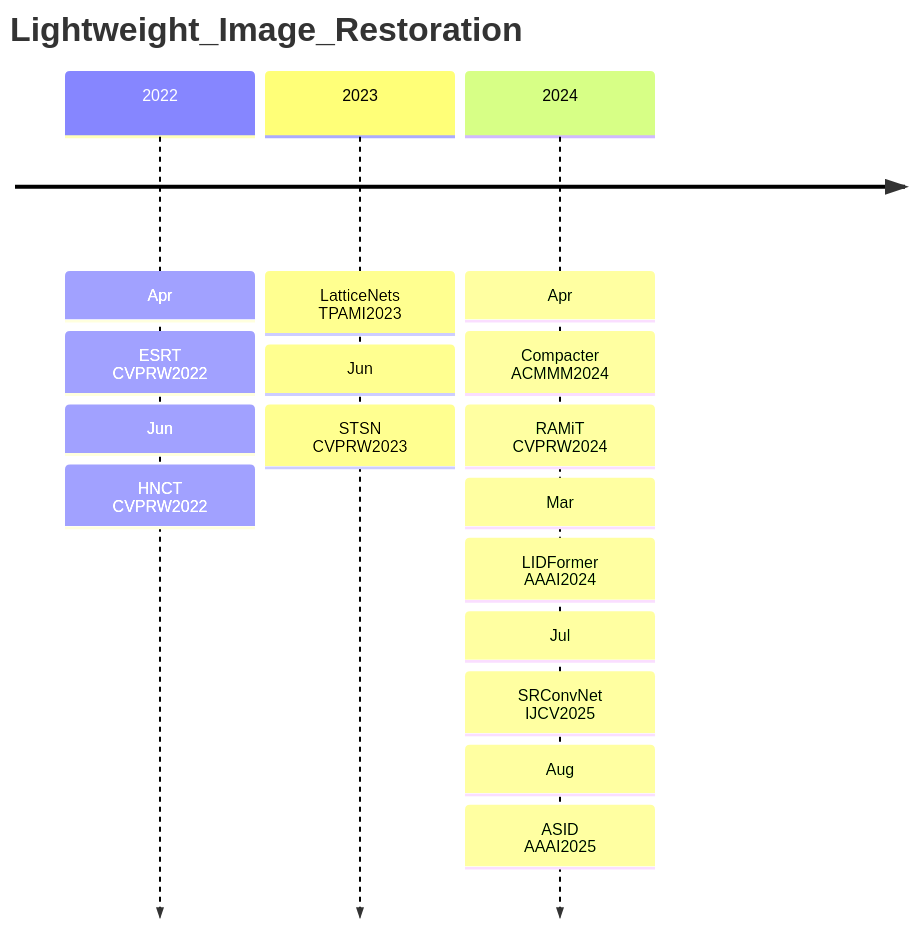
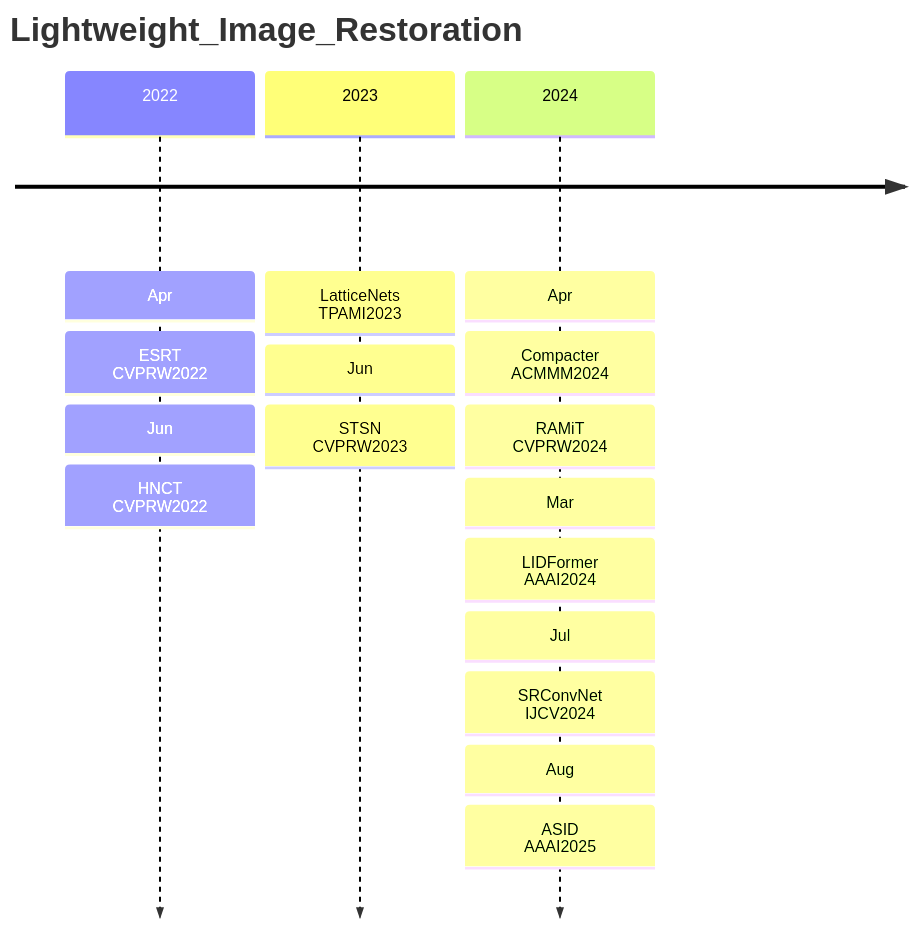
Before and after one commit to Elephant-King9/Paper: the first of 4 diagrams in CV/Lightweight/analyse.md, drawn with Mermaid. The commit also changed 24 other files, not shown here.

````diff
--- a/CV/Lightweight/analyse.md
+++ b/CV/Lightweight/analyse.md
@@ -5,20 +5,20 @@
 ```mermaid
 timeline
     title Lightweight_Image_Restoration
     2022: Apr
     		: ESRT<br>CVPRW2022
     		: Jun
     		: HNCT<br>CVPRW2022
     2023: LatticeNets<br>TPAMI2023
     		: Jun
     		: STSN<br>CVPRW2023
     2024: Apr
     		: Compacter<br>ACMMM2024
     		: RAMiT<br>CVPRW2024
     		: Mar
     		: LIDFormer<br>AAAI2024
     		: Jul
-    		: SRConvNet<br>IJCV2025
+    		: SRConvNet<br>IJCV2024
     		: Aug
     		: ASID<br>AAAI2025 
 ```
````
